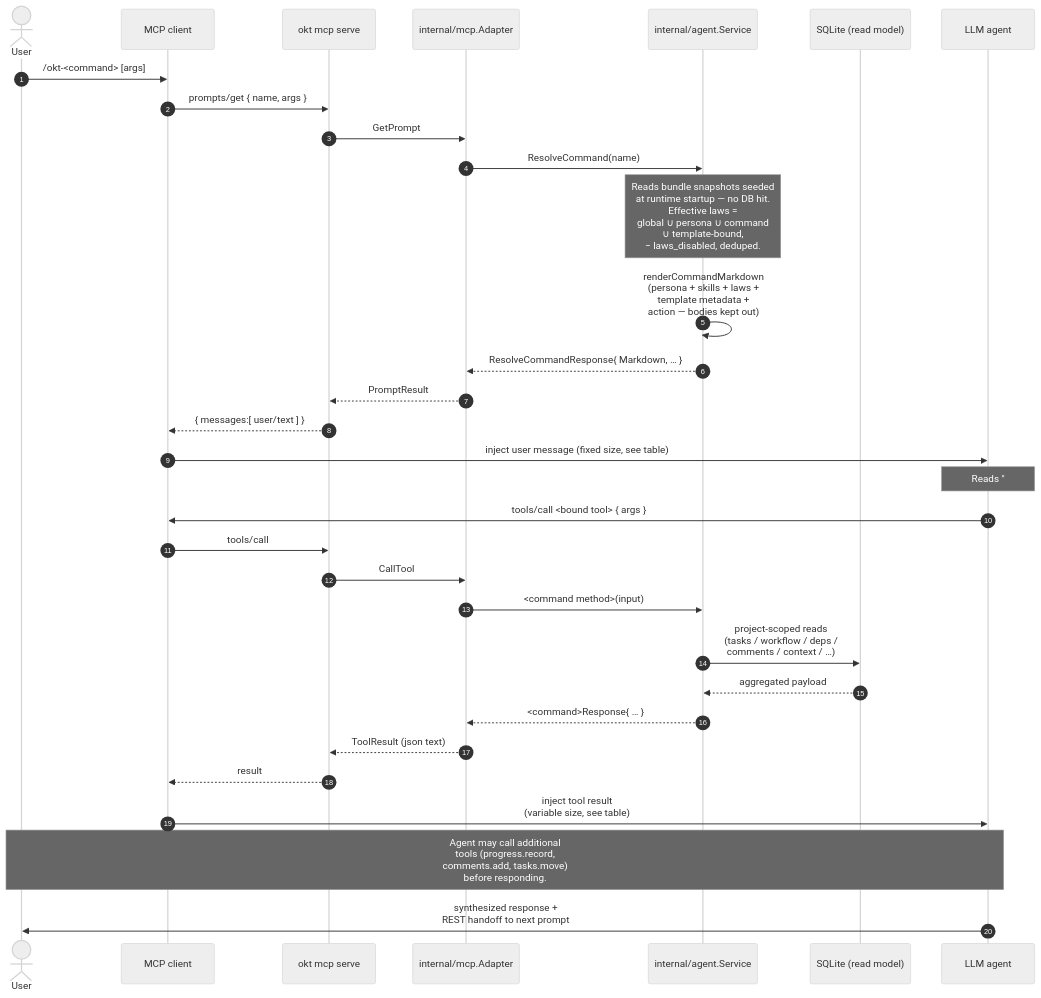
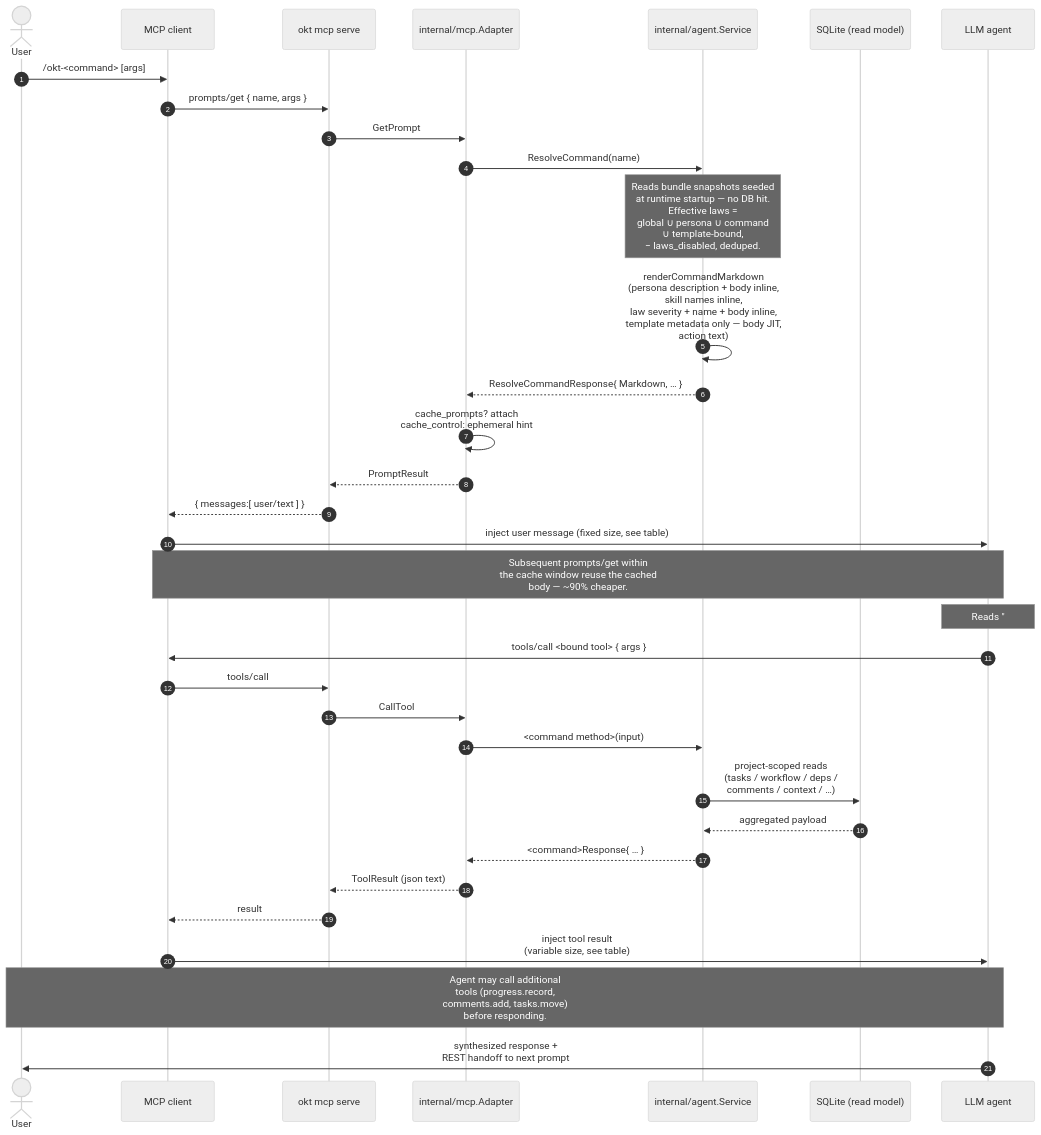
The diagram in .docs/mcp-guide.md (This-Is-NPC/omakiten), drawn with Mermaid (neutral theme) before and after one commit. The commit also changed other lines of this file and 15 other files, not shown here.

````diff
--- a/.docs/mcp-guide.md
+++ b/.docs/mcp-guide.md
@@ -181,42 +182,45 @@
 ```mermaid
 sequenceDiagram
     autonumber
     actor User
     participant Client as MCP client
     participant Server as okt mcp serve
     participant Adapter as internal/mcp.Adapter
     participant Service as internal/agent.Service
     participant Store as SQLite (read model)
     participant Agent as LLM agent
 
     User->>Client: /okt-<command> [args]
     Client->>Server: prompts/get { name, args }
     Server->>Adapter: GetPrompt
     Adapter->>Service: ResolveCommand(name)
 
     Note over Service: Reads bundle snapshots seeded<br/>at runtime startup — no DB hit.<br/>Effective laws =<br/>global ∪ persona ∪ command<br/>∪ template-bound,<br/>− laws_disabled, deduped.
 
-    Service->>Service: renderCommandMarkdown<br/>(persona + skills + laws +<br/>template metadata +<br/>action — bodies kept out)
+    Service->>Service: renderCommandMarkdown<br/>(persona description + body inline,<br/>skill names inline,<br/>law severity + name + body inline,<br/>template metadata only — body JIT,<br/>action text)
     Service-->>Adapter: ResolveCommandResponse{ Markdown, … }
+    Adapter->>Adapter: cache_prompts? attach<br/>cache_control: ephemeral hint
     Adapter-->>Server: PromptResult
     Server-->>Client: { messages:[ user/text ] }
     Client->>Agent: inject user message (fixed size, see table)
+
+    Note over Client,Agent: Subsequent prompts/get within<br/>the cache window reuse the cached<br/>body — ~90% cheaper.
 
     Note over Agent: Reads "## Action" block,<br/>decides which tool(s) to call.
 
     Agent->>Client: tools/call <bound tool> { args }
     Client->>Server: tools/call
     Server->>Adapter: CallTool
     Adapter->>Service: <command method>(input)
 
     Service->>Store: project-scoped reads<br/>(tasks / workflow / deps /<br/>comments / context / …)
     Store-->>Service: aggregated payload
     Service-->>Adapter: <command>Response{ … }
     Adapter-->>Server: ToolResult (json text)
     Server-->>Client: result
     Client->>Agent: inject tool result<br/>(variable size, see table)
 
     Note over Agent,User: Agent may call additional<br/>tools (progress.record,<br/>comments.add, tasks.move)<br/>before responding.
 
     Agent->>User: synthesized response +<br/>REST handoff to next prompt
 ```
````
